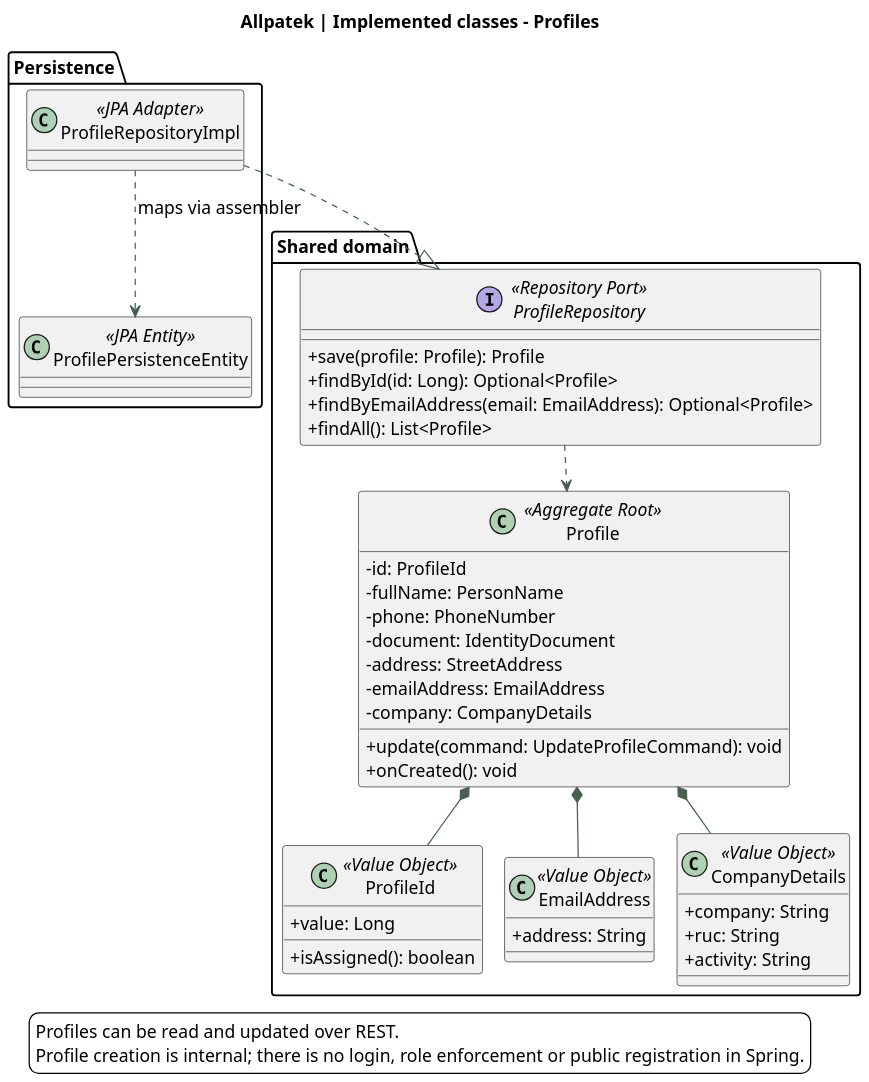
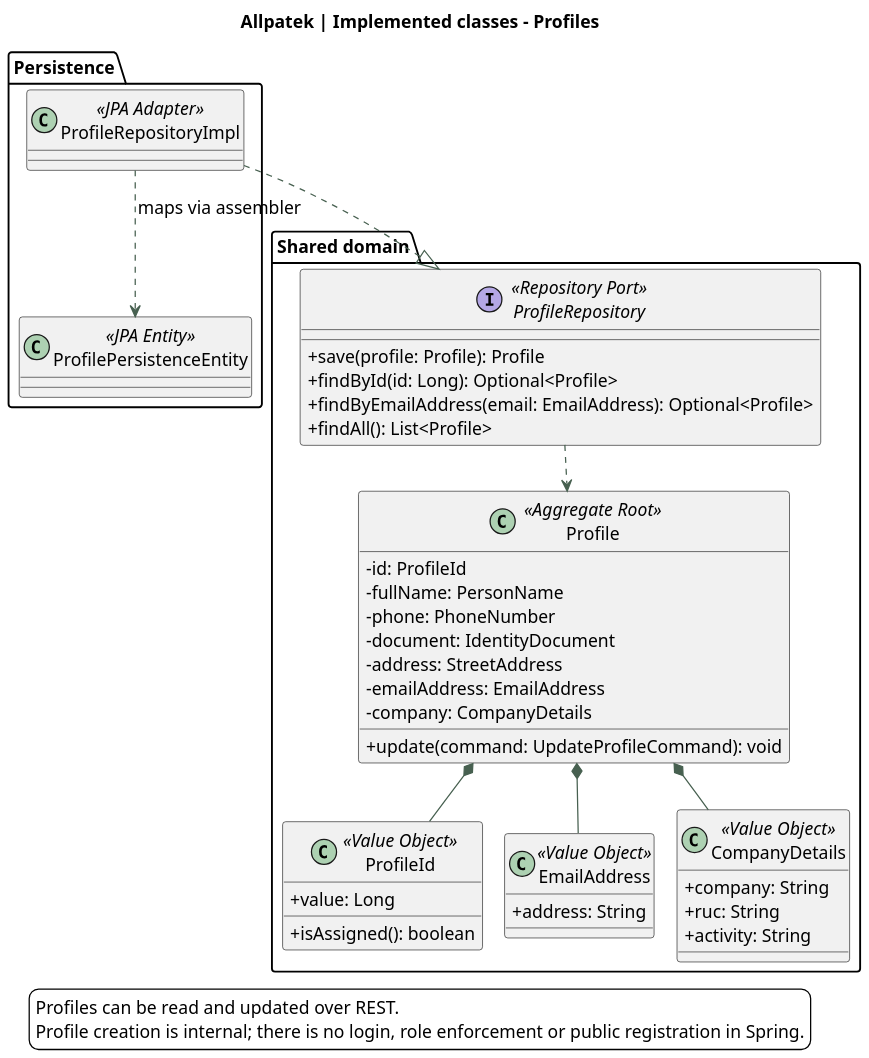
The diagram in assets/chapter-04/architecture/08-classes-users.puml (upc-pre-202620-1asi0729-7753-Terranova/allpatek-report), drawn with PlantUML before and after one commit. The commit also changed 2 other files, not shown here.

Commit message:
docs(architecture): remove Profile.onCreated from class diagram

```diff
--- a/assets/chapter-04/architecture/08-classes-users.puml
+++ b/assets/chapter-04/architecture/08-classes-users.puml
@@ -1,66 +1,65 @@
 @startuml
 !pragma layout smetana
 skinparam backgroundColor white
 skinparam defaultFontName SansSerif
 skinparam defaultFontSize 14
 skinparam shadowing false
 skinparam classAttributeIconSize 0
 skinparam ArrowColor #476050
 skinparam dpi 140
 title Allpatek | Implemented classes - Profiles
 top to bottom direction
 
 package "Shared domain" {
   class Profile <<Aggregate Root>> {
     -id: ProfileId
     -fullName: PersonName
     -phone: PhoneNumber
     -document: IdentityDocument
     -address: StreetAddress
     -emailAddress: EmailAddress
     -company: CompanyDetails
     +update(command: UpdateProfileCommand): void
-    +onCreated(): void
   }
 
   class ProfileId <<Value Object>> {
     +value: Long
     +isAssigned(): boolean
   }
 
   class EmailAddress <<Value Object>> {
     +address: String
   }
 
   class CompanyDetails <<Value Object>> {
     +company: String
     +ruc: String
     +activity: String
   }
 
   interface ProfileRepository <<Repository Port>> {
     +save(profile: Profile): Profile
     +findById(id: Long): Optional<Profile>
     +findByEmailAddress(email: EmailAddress): Optional<Profile>
     +findAll(): List<Profile>
   }
 
   Profile *-- ProfileId
   Profile *-- EmailAddress
   Profile *-- CompanyDetails
   ProfileRepository ..> Profile
 }
 
 package "Persistence" {
   class ProfileRepositoryImpl <<JPA Adapter>>
   class ProfilePersistenceEntity <<JPA Entity>>
 
   ProfileRepositoryImpl ..> ProfilePersistenceEntity : maps via assembler
 }
 ProfileRepositoryImpl ..|> ProfileRepository
 
 legend bottom
 Profiles can be read and updated over REST.
 Profile creation is internal; there is no login, role enforcement or public registration in Spring.
 endlegend
 @enduml
```
